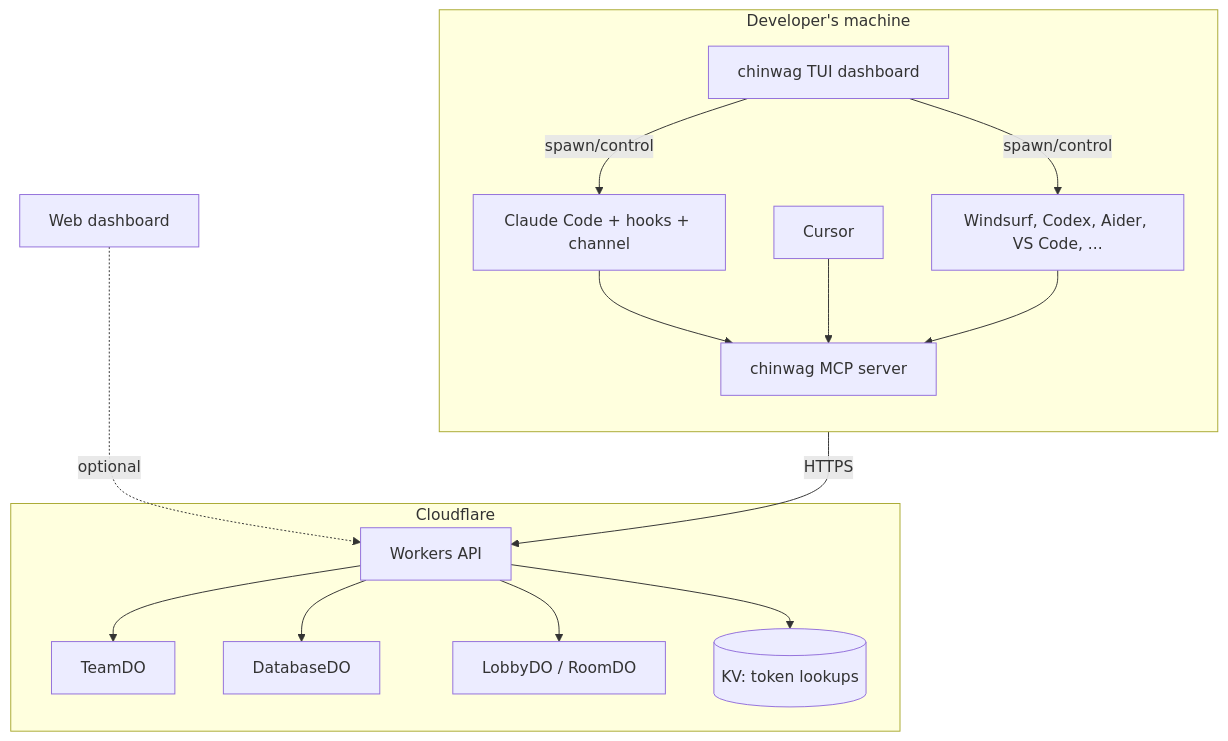
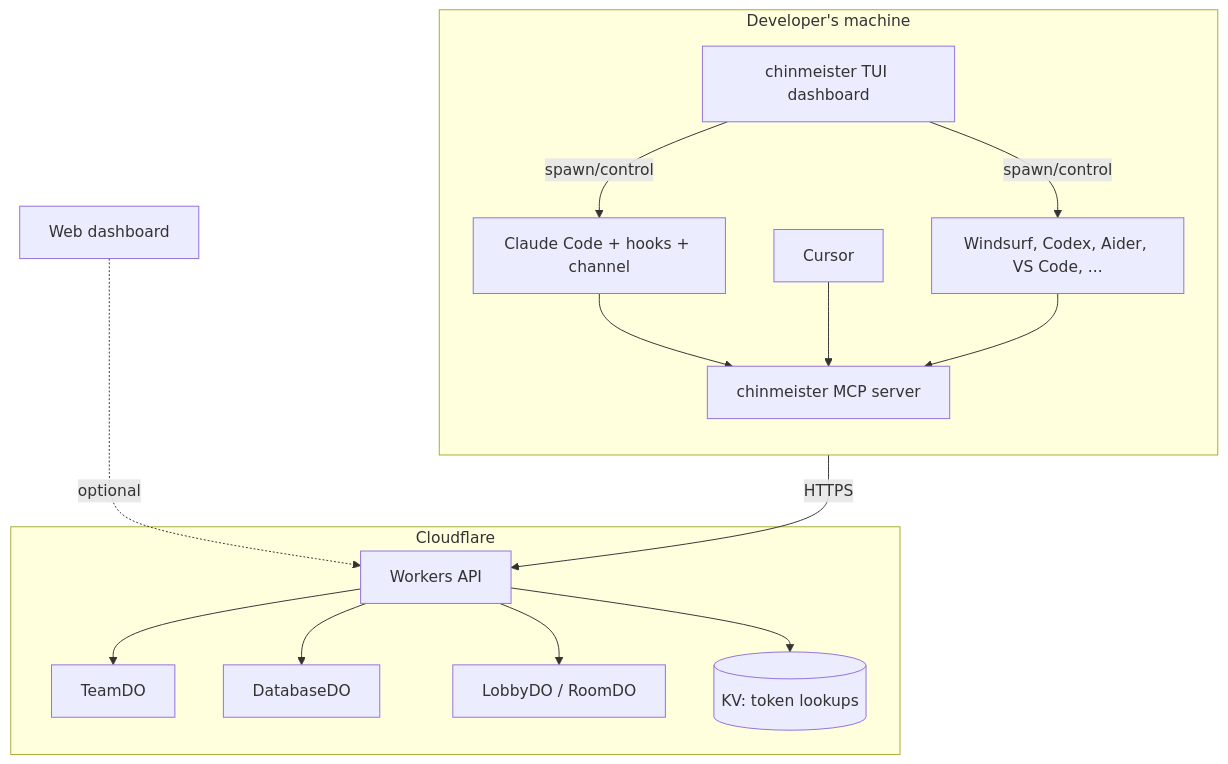
One commit to glendonC/chinwag changed the diagram in docs/ARCHITECTURE.md. Above: the diagram before and after it, drawn with Mermaid. The commit also changed other lines of this file and 334 other files, not shown here.

First line of the commit message:
chore: rename chinwag to chinmeister

````diff
--- a/docs/ARCHITECTURE.md
+++ b/docs/ARCHITECTURE.md
@@ -17,32 +17,32 @@
 ```mermaid
 flowchart TB
   subgraph machine["Developer's machine"]
     direction TB
-    TUI[chinwag TUI dashboard]
+    TUI[chinmeister TUI dashboard]
     T1[Claude Code + hooks + channel]
     T2[Cursor]
     T3[Windsurf, Codex, Aider, VS Code, ...]
-    MCP[chinwag MCP server]
+    MCP[chinmeister MCP server]
     TUI -->|spawn/control| T1
     TUI -->|spawn/control| T3
     T1 --> MCP
     T2 --> MCP
     T3 --> MCP
   end
 
   subgraph cloud["Cloudflare"]
     W[Workers API]
     TE[TeamDO]
     DB[DatabaseDO]
     LO[LobbyDO / RoomDO]
     KV[(KV: token lookups)]
     MCP -->|HTTPS| W
     W --> TE
     W --> DB
     W --> LO
     W --> KV
   end
 
   H[Web dashboard]
   H -.->|optional| W
 ```
````
